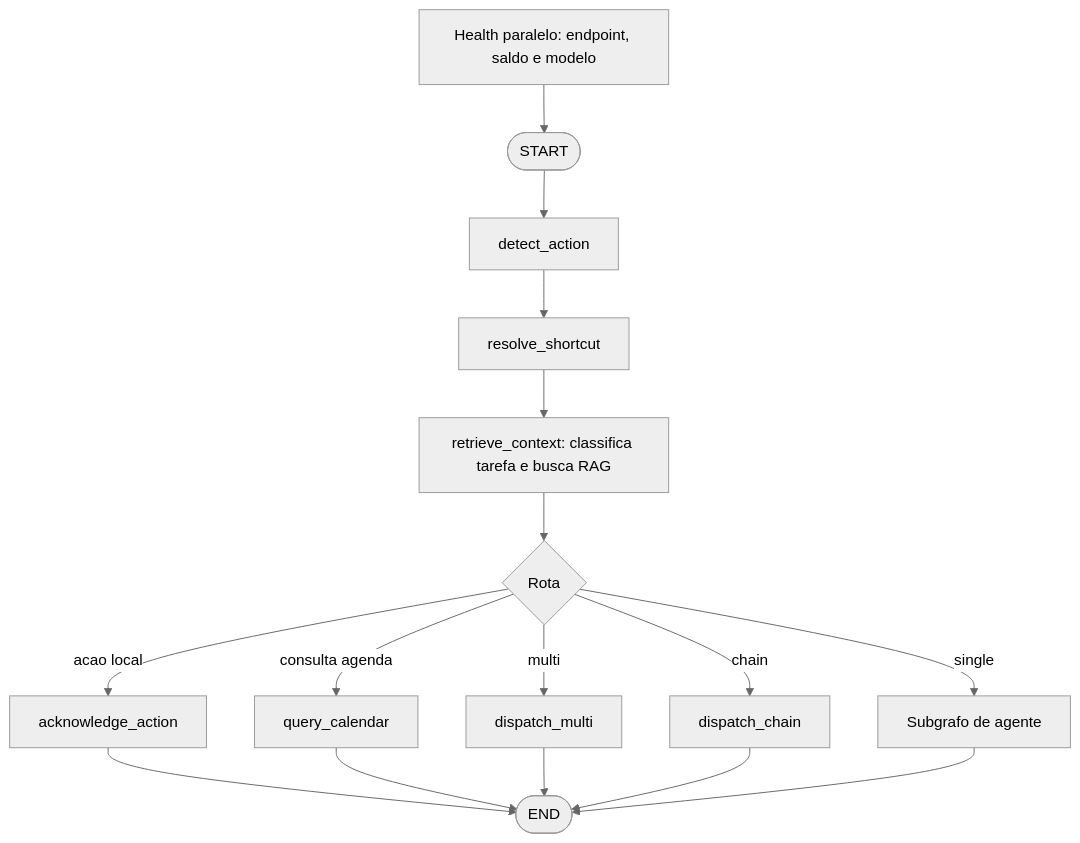
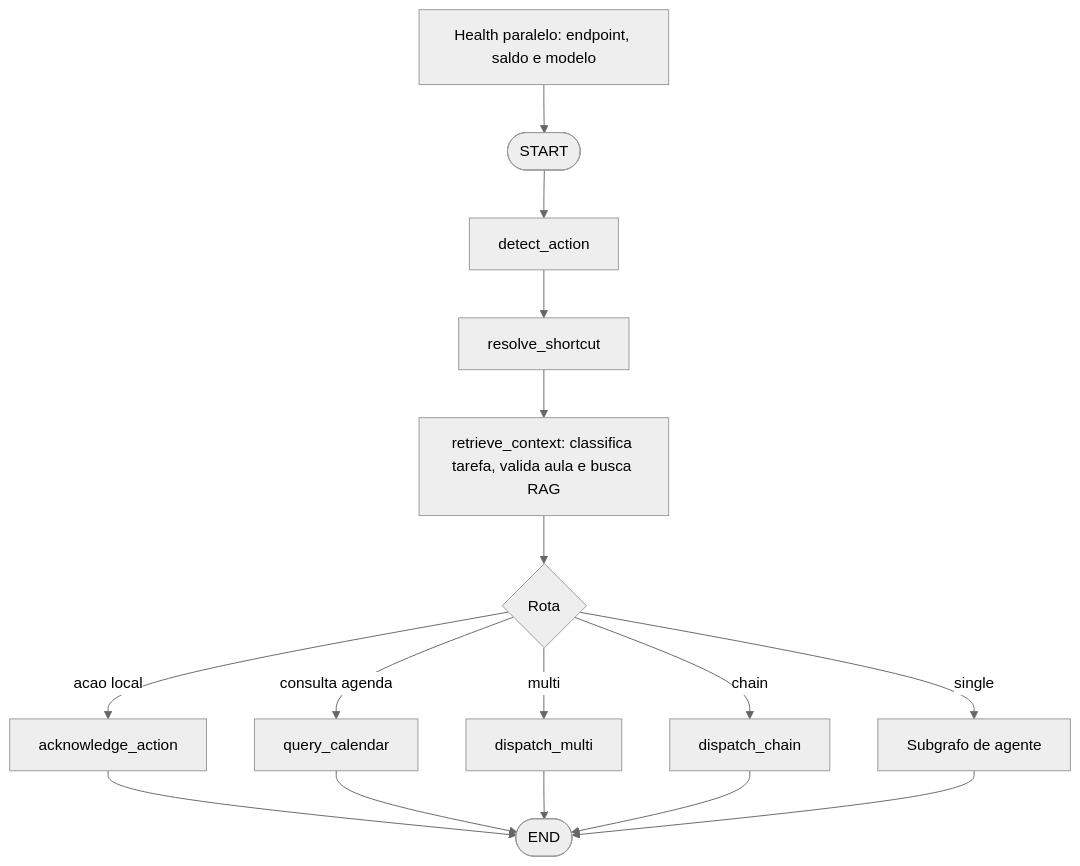
Before and after one commit to m4n1nh0/assistant_app: the fifth of 10 diagrams in README.md, drawn with Mermaid (neutral theme). The commit also changed other lines of this file and 9 other files, not shown here.

````diff
--- a/README.md
+++ b/README.md
@@ -323,18 +323,18 @@
 ```mermaid
 flowchart TD
     Health[Health paralelo: endpoint, saldo e modelo] --> Start([START])
     Start --> Detect[detect_action]
     Detect --> Shortcut[resolve_shortcut]
-    Shortcut --> Ctx[retrieve_context: classifica tarefa e busca RAG]
+    Shortcut --> Ctx[retrieve_context: classifica tarefa, valida aula e busca RAG]
     Ctx --> Route{Rota}
     Route -->|acao local| Ack[acknowledge_action]
     Route -->|consulta agenda| Cal[query_calendar]
     Route -->|single| Sub[Subgrafo de agente]
     Route -->|multi| Multi[dispatch_multi]
     Route -->|chain| Chain[dispatch_chain]
     Ack --> End([END])
     Cal --> End
     Multi --> End
     Chain --> End
     Sub --> End
 ```
````
